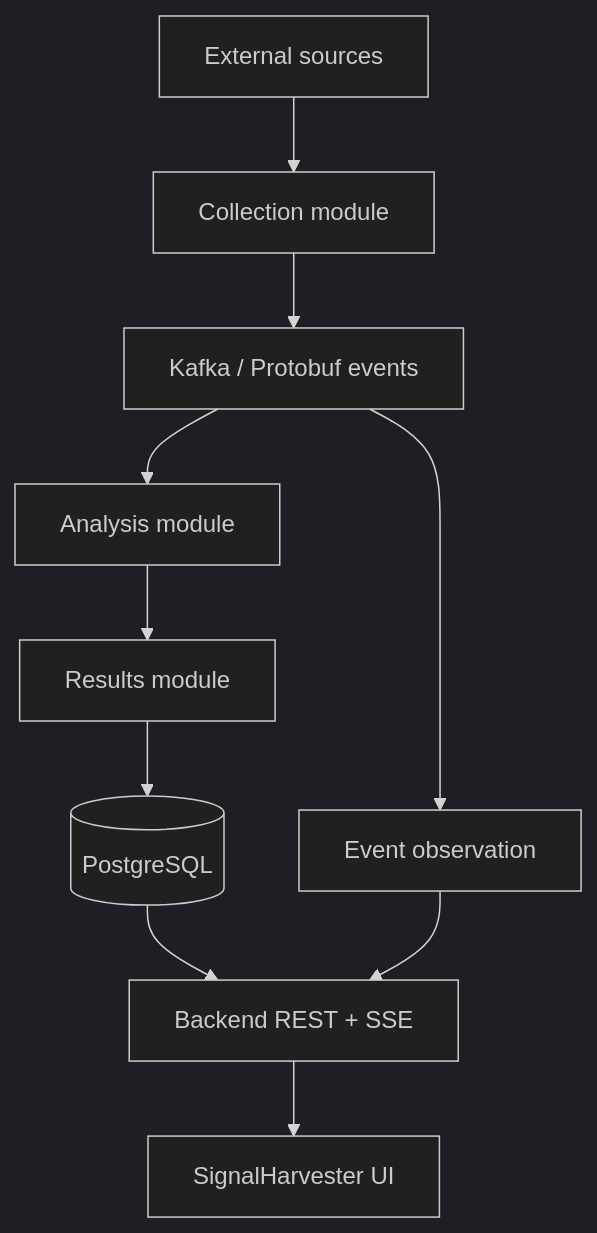
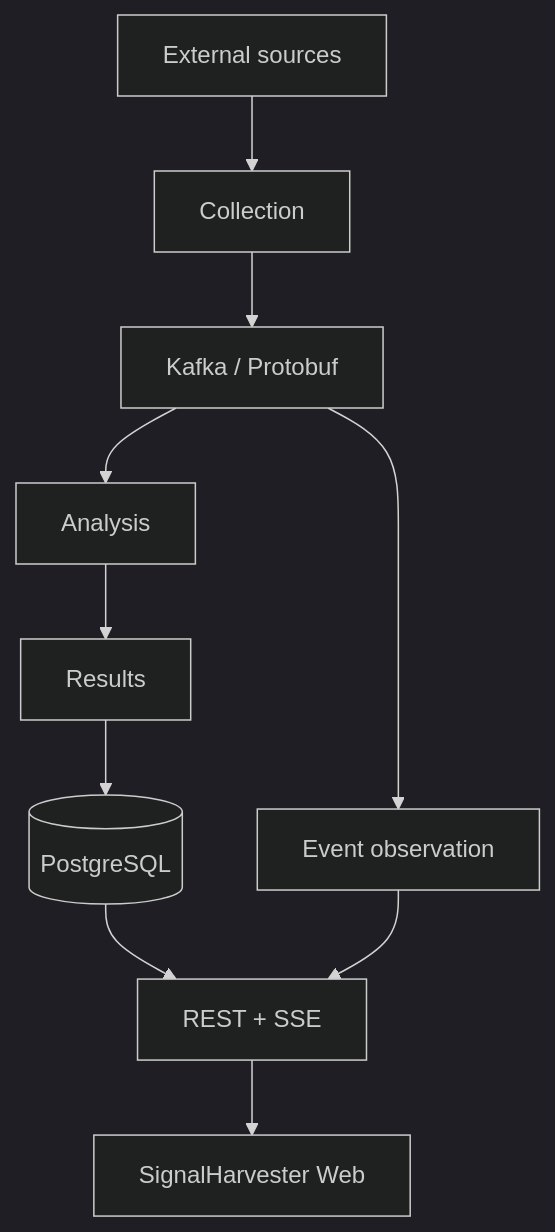
Before and after one commit to folk21/signalharvester: the diagram in README.md, drawn with Mermaid (dark theme). The commit also changed other lines of this file and 17 other files, not shown here.

````diff
--- a/README.md
+++ b/README.md
@@ -24,12 +22,12 @@
 ```mermaid
 flowchart TB
-    EXT[External sources] --> COL[Collection module]
-    COL --> K[Kafka / Protobuf events]
-    K --> ANA[Analysis module]
-    ANA --> RES[Results module]
+    EXT[External sources] --> COL[Collection]
+    COL --> K[Kafka / Protobuf]
+    K --> ANA[Analysis]
+    ANA --> RES[Results]
     RES --> DB[(PostgreSQL)]
-    API[Backend REST + SSE] --> UI[SignalHarvester UI]
-    DB --> API
+    DB --> API[REST + SSE]
+    API --> UI[SignalHarvester Web]
     K --> OBS[Event observation]
     OBS --> API
 ```
````
